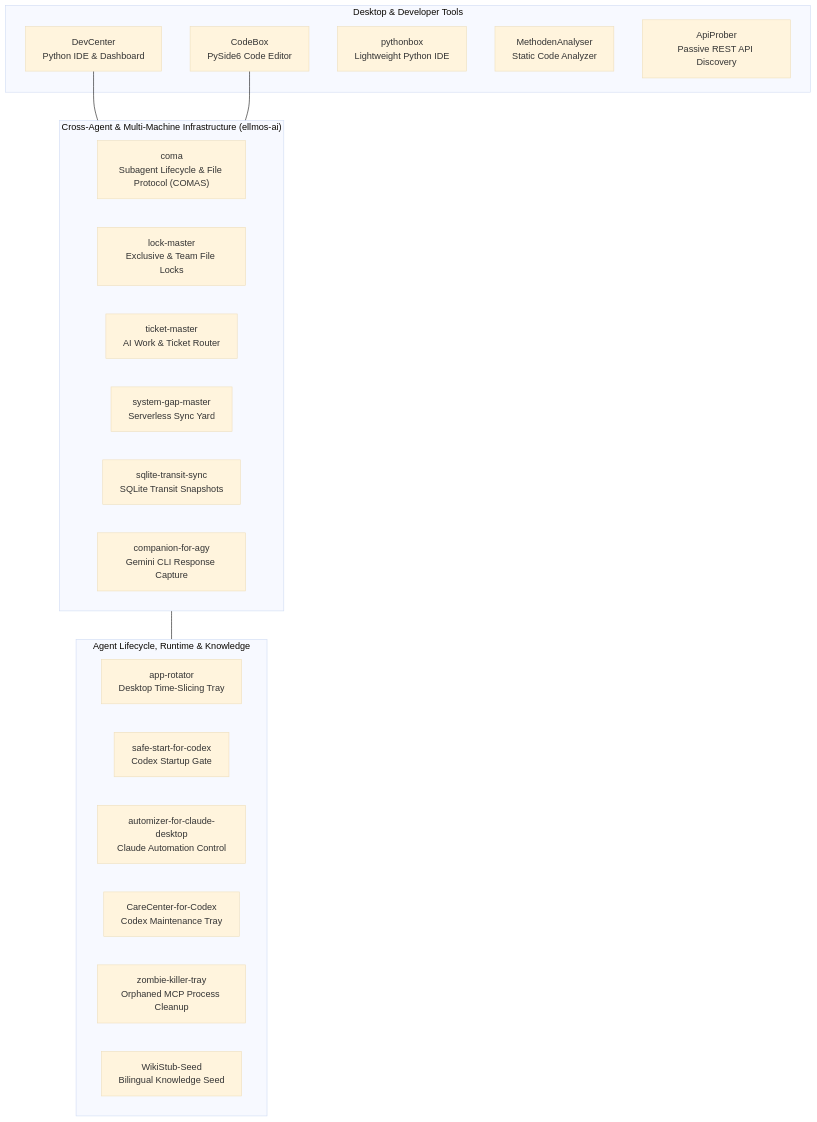
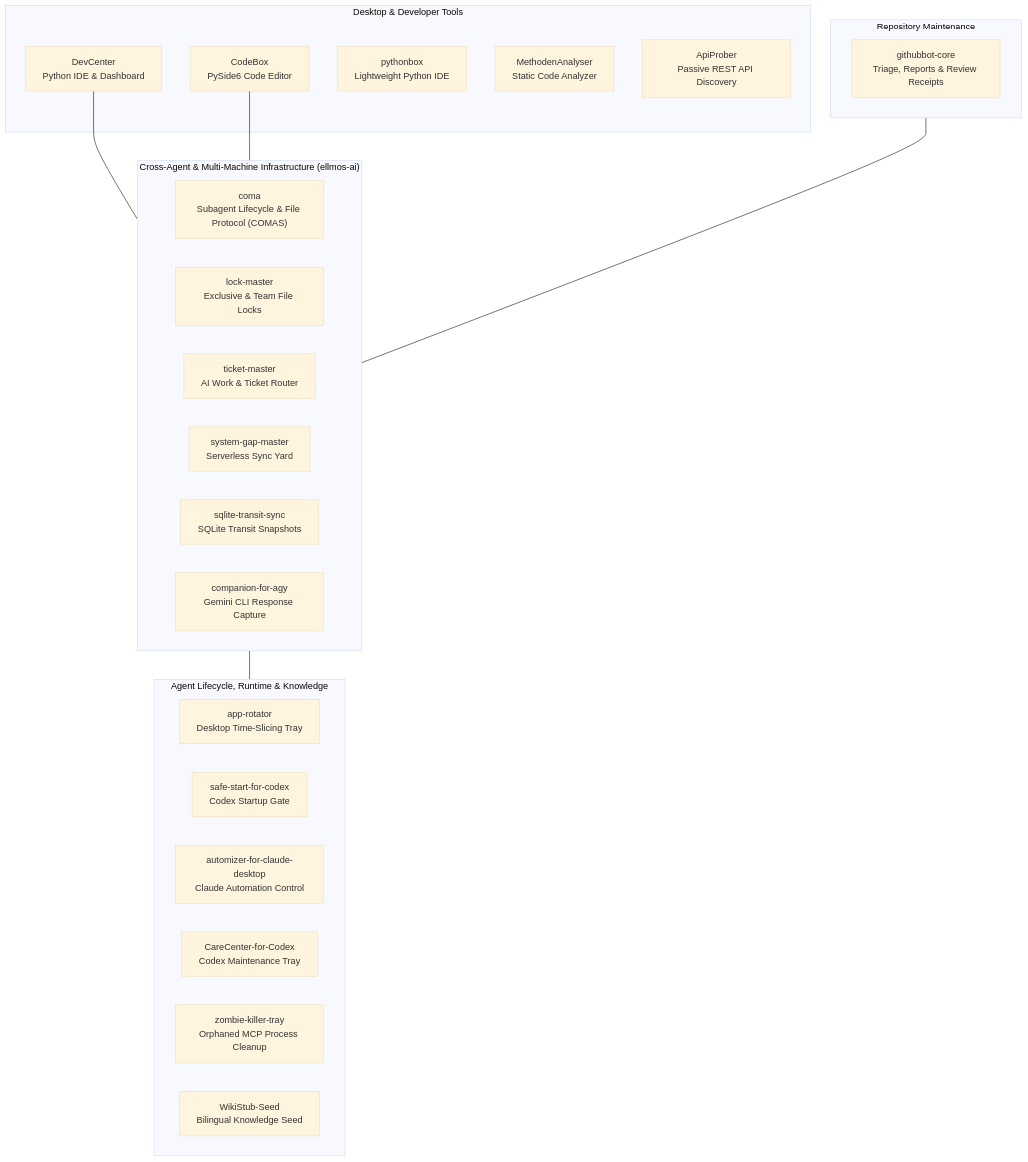
Before and after one commit to dev-bricks/.github: the diagram in profile/README.md, drawn with Mermaid (base theme). The commit also changed other lines of this file and 5 other files, not shown here.

First line of the commit message:
docs(profile): add githubbot-core to the public index and refresh the activity snapshot

````diff
--- a/profile/README.md
+++ b/profile/README.md
@@ -126,32 +132,37 @@
 ```mermaid
 flowchart TD
   subgraph IDE["Desktop & Developer Tools"]
     DC["DevCenter<br/>Python IDE & Dashboard"]
     CB["CodeBox<br/>PySide6 Code Editor"]
     PB["pythonbox<br/>Lightweight Python IDE"]
     MA["MethodenAnalyser<br/>Static Code Analyzer"]
     AP["ApiProber<br/>Passive REST API Discovery"]
+  end
+
+  subgraph REPO["Repository Maintenance"]
+    GBC["githubbot-core<br/>Triage, Reports & Review Receipts"]
   end
 
   subgraph INFRA["Cross-Agent & Multi-Machine Infrastructure (ellmos-ai)"]
     COM["coma<br/>Subagent Lifecycle & File Protocol (COMAS)"]
     LM["lock-master<br/>Exclusive & Team File Locks"]
     TM["ticket-master<br/>AI Work & Ticket Router"]
     SGM["system-gap-master<br/>Serverless Sync Yard"]
     STS["sqlite-transit-sync<br/>SQLite Transit Snapshots"]
     AGY["companion-for-agy<br/>Gemini CLI Response Capture"]
   end
 
   subgraph AGENT["Agent Lifecycle, Runtime & Knowledge"]
     AR["app-rotator<br/>Desktop Time-Slicing Tray"]
     SSC["safe-start-for-codex<br/>Codex Startup Gate"]
     ACD["automizer-for-claude-desktop<br/>Claude Automation Control"]
     CCC["CareCenter-for-Codex<br/>Codex Maintenance Tray"]
     ZKT["zombie-killer-tray<br/>Orphaned MCP Process Cleanup"]
     WSS["WikiStub-Seed<br/>Bilingual Knowledge Seed"]
   end
 
   DC --- INFRA
   CB --- INFRA
+  REPO --- INFRA
   INFRA --- AGENT
 ```
````
